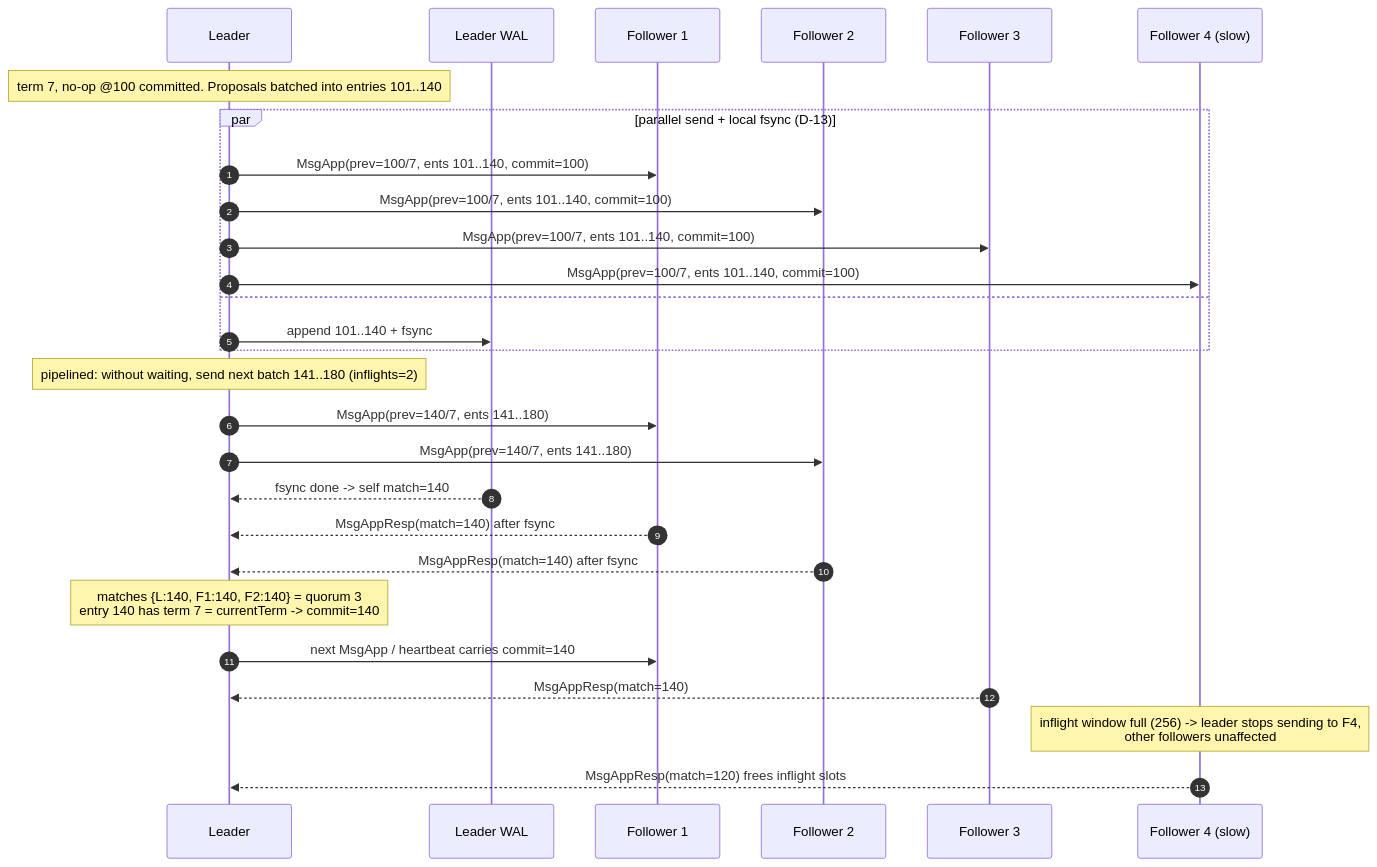
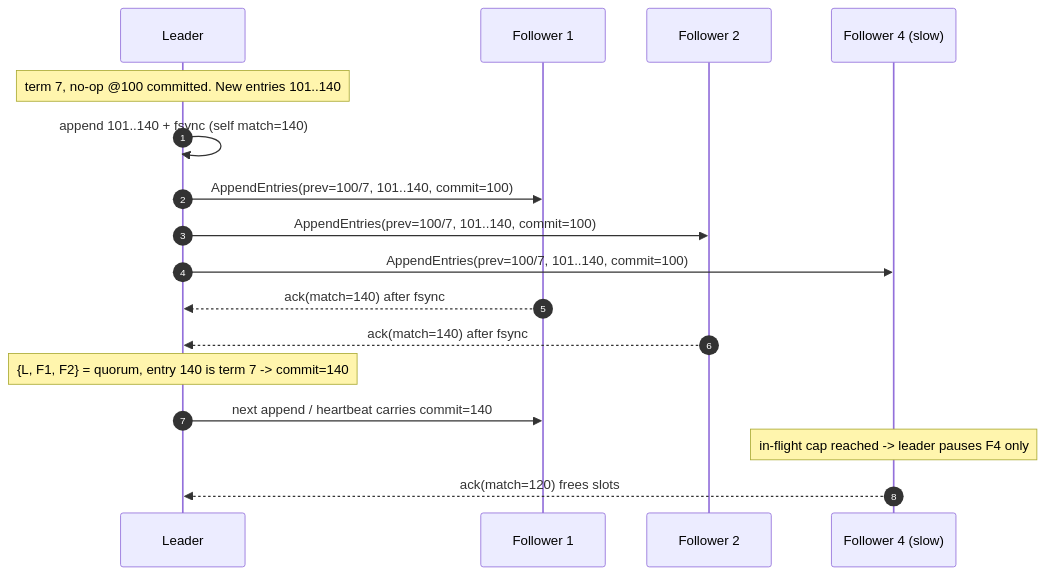
The second of 5 diagrams in docs/system-design.md (bibekgupta3333/raftkv-distributed-store), drawn with Mermaid before and after one commit. The commit also changed other lines of this file and 3 other files, not shown here.

First line of the commit message:
docs: simplify architecture, system, API and storage design

````diff
--- a/docs/system-design.md
+++ b/docs/system-design.md
@@ -117,31 +109,20 @@
 ```mermaid
 sequenceDiagram
     autonumber
     participant L as Leader
-    participant WL as Leader WAL
     participant F1 as Follower 1
     participant F2 as Follower 2
-    participant F3 as Follower 3
     participant F4 as Follower 4 (slow)
 
-    Note over L: term 7, no-op @100 committed. Proposals batched into entries 101..140
-    par parallel send + local fsync (D-13)
-        L->>F1: MsgApp(prev=100/7, ents 101..140, commit=100)
-        L->>F2: MsgApp(prev=100/7, ents 101..140, commit=100)
-        L->>F3: MsgApp(prev=100/7, ents 101..140, commit=100)
-        L->>F4: MsgApp(prev=100/7, ents 101..140, commit=100)
-    and
-        L->>WL: append 101..140 + fsync
-    end
-    Note over L: pipelined: without waiting, send next batch 141..180 (inflights=2)
-    L->>F1: MsgApp(prev=140/7, ents 141..180)
-    L->>F2: MsgApp(prev=140/7, ents 141..180)
-    WL-->>L: fsync done -> self match=140
-    F1-->>L: MsgAppResp(match=140) after fsync
-    F2-->>L: MsgAppResp(match=140) after fsync
-    Note over L: matches {L:140, F1:140, F2:140} = quorum 3<br/>entry 140 has term 7 = currentTerm -> commit=140
-    L->>F1: next MsgApp / heartbeat carries commit=140
-    F3-->>L: MsgAppResp(match=140)
-    Note over F4: inflight window full (256) -> leader stops sending to F4,<br/>other followers unaffected
-    F4-->>L: MsgAppResp(match=120) frees inflight slots
+    Note over L: term 7, no-op @100 committed. New entries 101..140
+    L->>L: append 101..140 + fsync (self match=140)
+    L->>F1: AppendEntries(prev=100/7, 101..140, commit=100)
+    L->>F2: AppendEntries(prev=100/7, 101..140, commit=100)
+    L->>F4: AppendEntries(prev=100/7, 101..140, commit=100)
+    F1-->>L: ack(match=140) after fsync
+    F2-->>L: ack(match=140) after fsync
+    Note over L: {L, F1, F2} = quorum, entry 140 is term 7 -> commit=140
+    L->>F1: next append / heartbeat carries commit=140
+    Note over F4: in-flight cap reached -> leader pauses F4 only
+    F4-->>L: ack(match=120) frees slots
 ```
````
